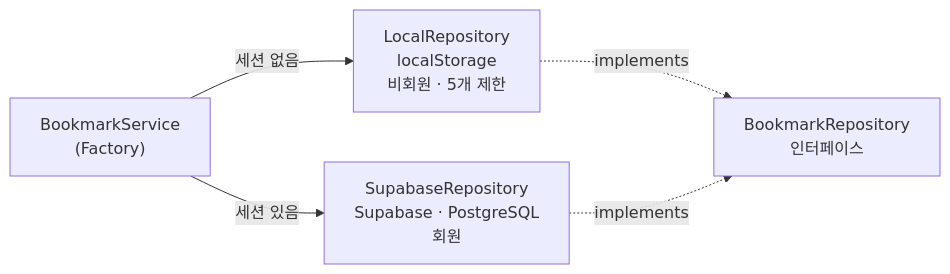
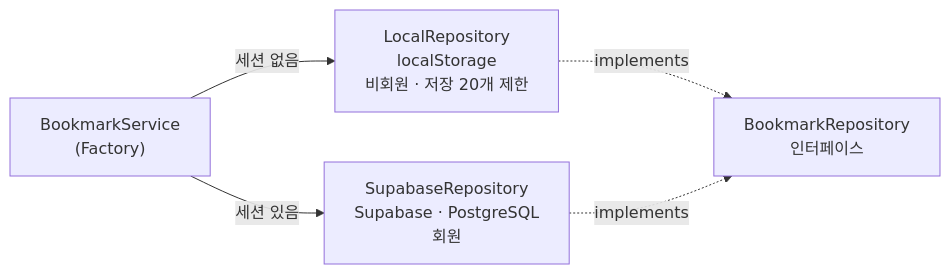
The third of 4 diagrams in README.md (sohee-an/smart-bookmark-app), drawn with Mermaid before and after one commit. The commit also changed 6 other files, not shown here.

````diff
--- a/README.md
+++ b/README.md
@@ -106,12 +106,12 @@
 ```mermaid
 graph LR
   SVC["BookmarkService\n(Factory)"]
   IFACE["BookmarkRepository\n인터페이스"]
-  LOCAL["LocalRepository\nlocalStorage\n비회원 · 5개 제한"]
+  LOCAL["LocalRepository\nlocalStorage\n비회원 · 저장 20개 제한"]
   SUPA["SupabaseRepository\nSupabase · PostgreSQL\n회원"]
 
   SVC -->|"세션 없음"| LOCAL
   SVC -->|"세션 있음"| SUPA
   LOCAL -.->|implements| IFACE
   SUPA -.->|implements| IFACE
 ```
````
